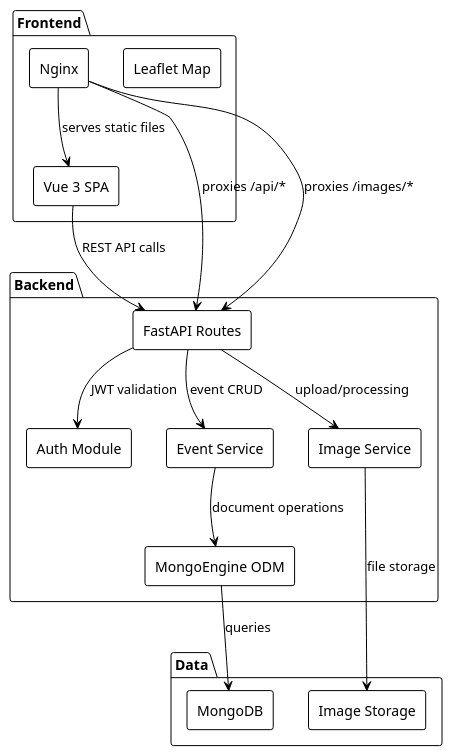
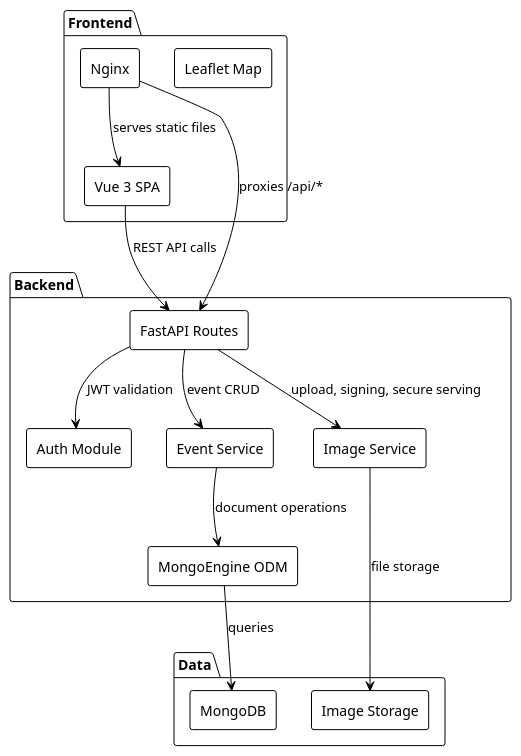
Before and after one commit to HEIG-RESONATE/resonate2: the diagram in docs/diagrams/architecture.puml, drawn with PlantUML. The commit also changed 10 other files, not shown here.

```diff
--- a/docs/diagrams/architecture.puml
+++ b/docs/diagrams/architecture.puml
@@ -1,36 +1,35 @@
 @startuml
 !theme plain
 skinparam componentStyle rectangle
 skinparam defaultFontName "Arial"
 
 package "Frontend" {
   [Vue 3 SPA] as [Vue]
   [Leaflet Map] as [Map]
   [Nginx] as [Nginx]
 }
 
 package "Backend" {
   [FastAPI Routes] as [API]
   [Auth Module] as [Auth]
   [Event Service] as [EventService]
   [Image Service] as [ImageService]
   [MongoEngine ODM] as [ODM]
 }
 
 package "Data" {
   database "MongoDB" as [Mongo]
   storage "Image Storage" as [Images]
 }
 
 [Nginx] --> [Vue] : serves static files
 [Nginx] --> [API] : proxies /api/*
-[Nginx] --> [API] : proxies /images/*
 [Vue] --> [API] : REST API calls
 [API] --> [Auth] : JWT validation
 [API] --> [EventService] : event CRUD
-[API] --> [ImageService] : upload/processing
+[API] --> [ImageService] : upload, signing, secure serving
 [EventService] --> [ODM] : document operations
 [ImageService] --> [Images] : file storage
 [ODM] --> [Mongo] : queries
 
 @enduml
```
